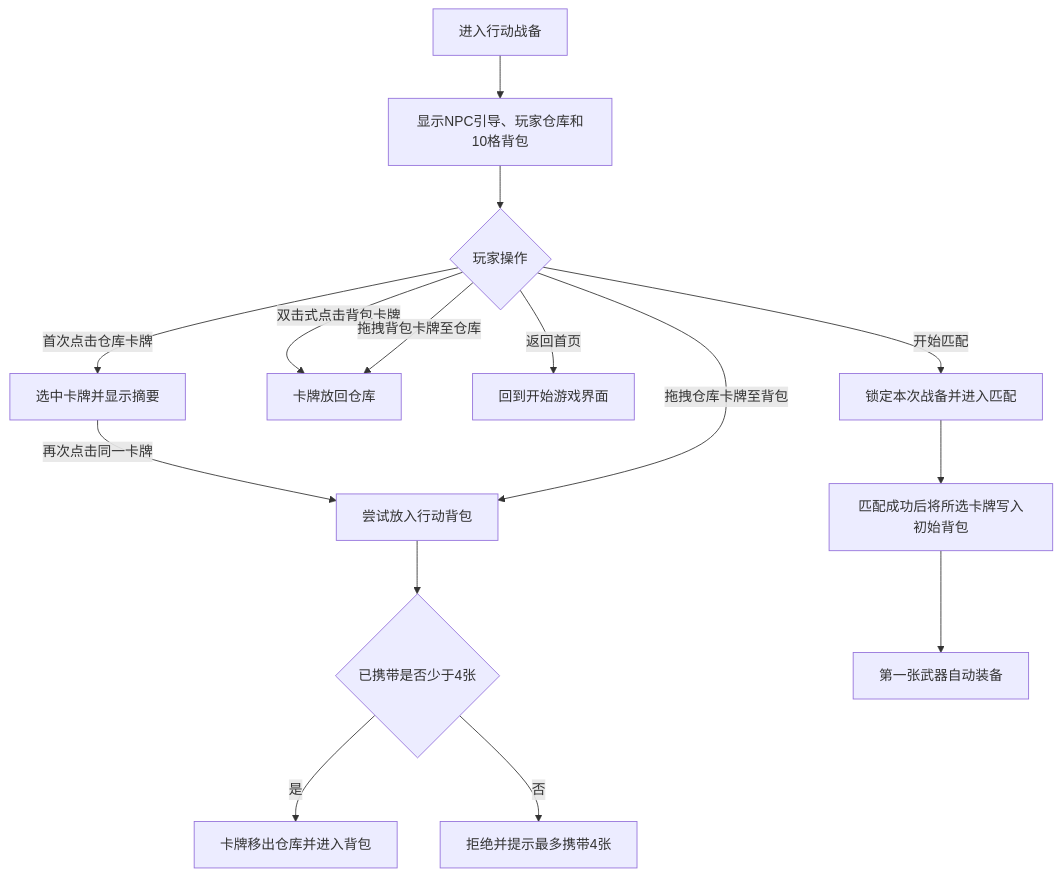
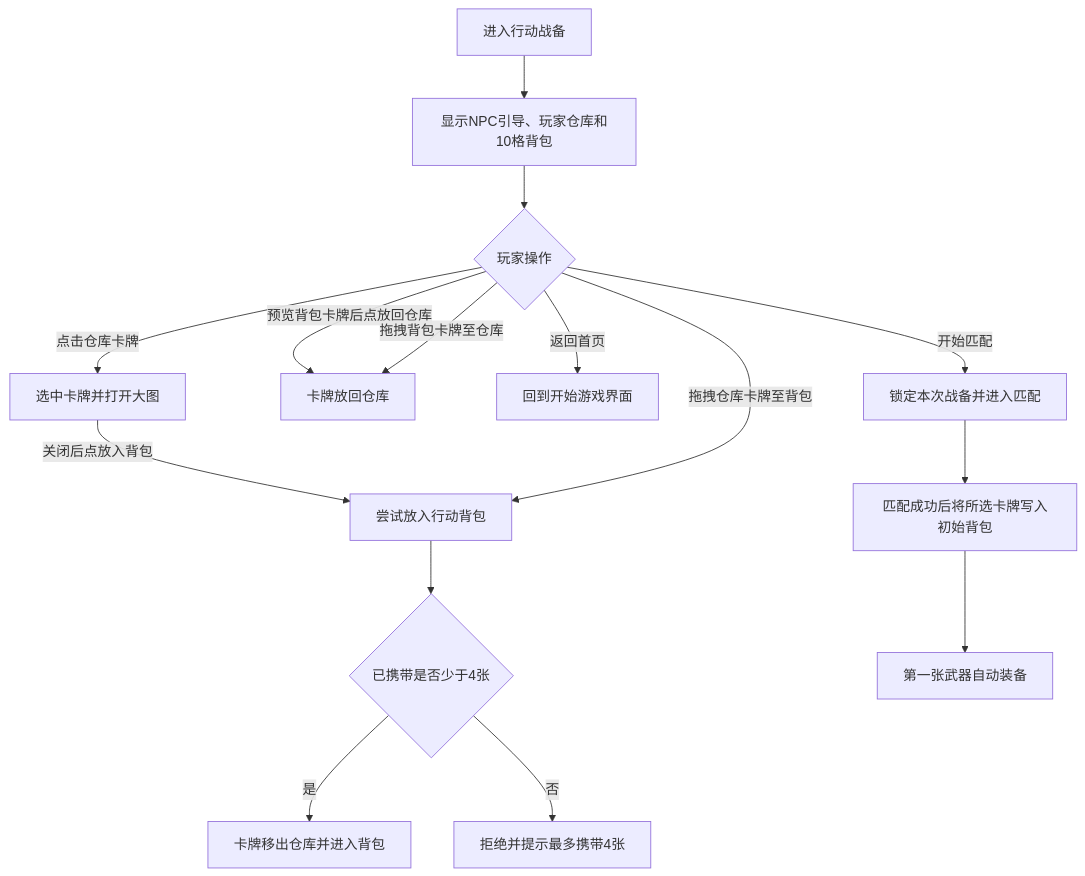
The second of 10 diagrams in docs/游戏产品流程图.md (Yeungsam/heisino-game), drawn with Mermaid before and after one commit. The commit also changed other lines of this file and 9 other files, not shown here.

````diff
--- a/docs/游戏产品流程图.md
+++ b/docs/游戏产品流程图.md
@@ -93,17 +93,17 @@
 ```mermaid
 flowchart TD
     A["进入行动战备"] --> B["显示NPC引导、玩家仓库和10格背包"]
     B --> C{"玩家操作"}
-    C -- "首次点击仓库卡牌" --> D["选中卡牌并显示摘要"]
-    D -- "再次点击同一卡牌" --> E["尝试放入行动背包"]
+    C -- "点击仓库卡牌" --> D["选中卡牌并打开大图"]
+    D -- "关闭后点放入背包" --> E["尝试放入行动背包"]
     C -- "拖拽仓库卡牌至背包" --> E
     E --> F{"已携带是否少于4张"}
     F -- "是" --> G["卡牌移出仓库并进入背包"]
     F -- "否" --> H["拒绝并提示最多携带4张"]
-    C -- "双击式点击背包卡牌" --> I["卡牌放回仓库"]
+    C -- "预览背包卡牌后点放回仓库" --> I["卡牌放回仓库"]
     C -- "拖拽背包卡牌至仓库" --> I
     C -- "返回首页" --> J["回到开始游戏界面"]
     C -- "开始匹配" --> K["锁定本次战备并进入匹配"]
     K --> L["匹配成功后将所选卡牌写入初始背包"]
     L --> M["第一张武器自动装备"]
 ```
````
